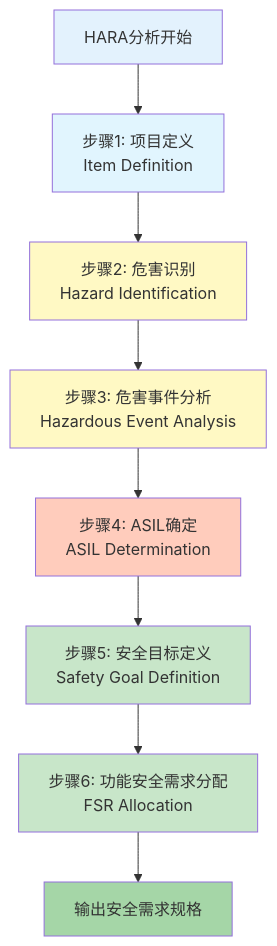
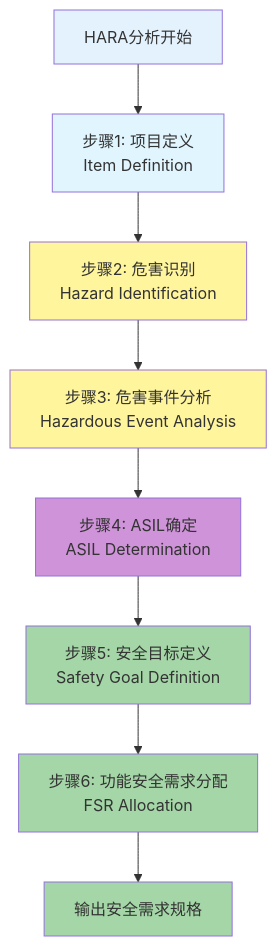
Before and after one commit to s-ai-unix/blog: the second of 3 diagrams in content/posts/2026-01-16-hara-automotive-analysis.md, drawn with Mermaid. The commit also changed other lines of this file and 3 other files, not shown here.

````diff
--- a/content/posts/2026-01-16-hara-automotive-analysis.md
+++ b/content/posts/2026-01-16-hara-automotive-analysis.md
@@ -115,19 +115,19 @@
 ```mermaid
 flowchart TD
     Start[HARA分析开始] --> Step1[步骤1: 项目定义<br>Item Definition]
     Step1 --> Step2[步骤2: 危害识别<br>Hazard Identification]
     Step2 --> Step3[步骤3: 危害事件分析<br>Hazardous Event Analysis]
     Step3 --> Step4[步骤4: ASIL确定<br>ASIL Determination]
     Step4 --> Step5[步骤5: 安全目标定义<br>Safety Goal Definition]
     Step5 --> Step6[步骤6: 功能安全需求分配<br>FSR Allocation]
     Step6 --> End[输出安全需求规格]
 
     style Start fill:#e3f2fd
     style Step1 fill:#e1f5fe
-    style Step2 fill:#fff9c4
-    style Step3 fill:#fff9c4
-    style Step4 fill:#ffccbc
-    style Step5 fill:#c8e6c9
-    style Step6 fill:#c8e6c9
+    style Step2 fill:#fff59d
+    style Step3 fill:#fff59d
+    style Step4 fill:#ce93d8
+    style Step5 fill:#a5d6a7
+    style Step6 fill:#a5d6a7
     style End fill:#a5d6a7
 ```
````
